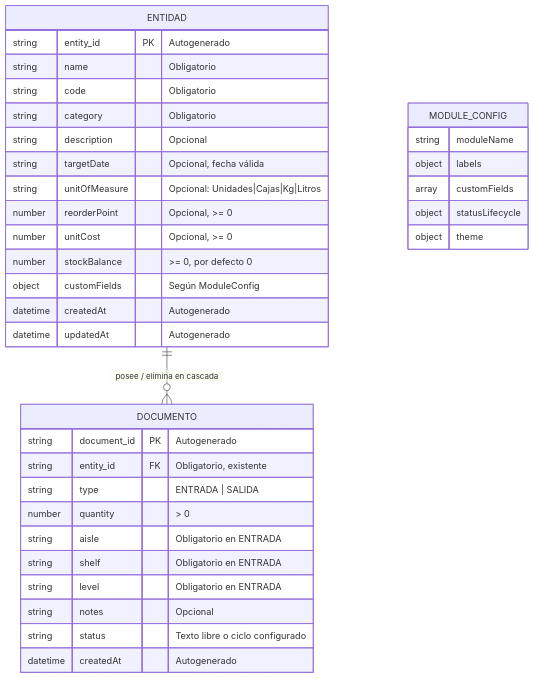
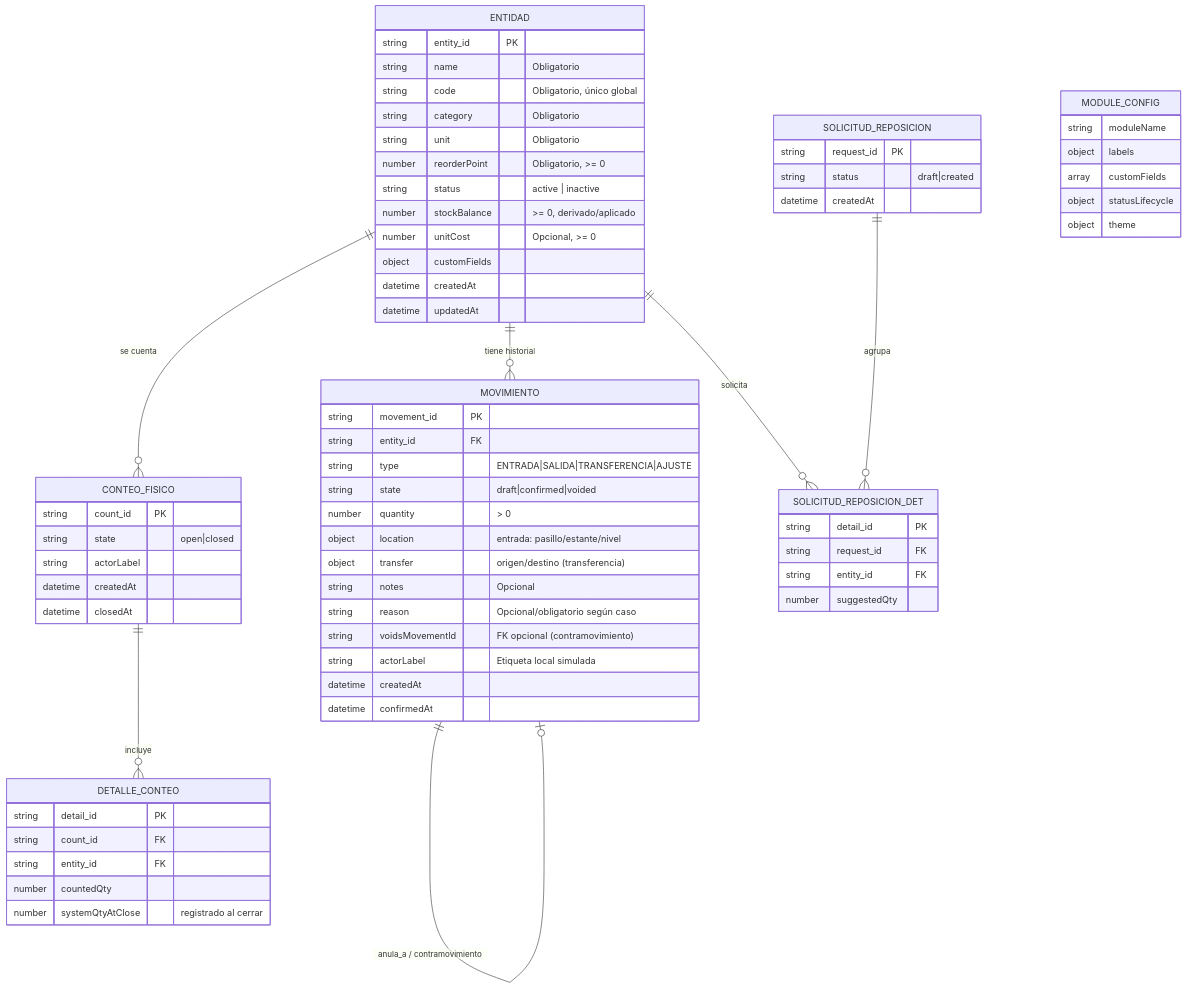
Before and after one commit to MDS-BI/Grupo-03: the diagram in specs/001-erp-base-module/data-model.md, drawn with Mermaid. The commit also changed other lines of this file and 12 other files, not shown here.

````diff
--- a/specs/001-erp-base-module/data-model.md
+++ b/specs/001-erp-base-module/data-model.md
@@ -9,41 +9,77 @@
 ```mermaid
 erDiagram
-    ENTIDAD ||--o{ DOCUMENTO : "posee / elimina en cascada"
+    ENTIDAD ||--o{ MOVIMIENTO : "tiene historial"
+    ENTIDAD ||--o{ CONTEO_FISICO : "se cuenta"
+    CONTEO_FISICO ||--o{ DETALLE_CONTEO : "incluye"
+    ENTIDAD ||--o{ SOLICITUD_REPOSICION_DET : "solicita"
+    SOLICITUD_REPOSICION ||--o{ SOLICITUD_REPOSICION_DET : "agrupa"
+    MOVIMIENTO ||--o| MOVIMIENTO : "anula_a / contramovimiento"
 
     ENTIDAD {
-        string entity_id PK "Autogenerado"
+        string entity_id PK
         string name "Obligatorio"
-        string code "Obligatorio"
+        string code "Obligatorio, único global"
         string category "Obligatorio"
-        string description "Opcional"
-        string targetDate "Opcional, fecha válida"
-        string unitOfMeasure "Opcional: Unidades|Cajas|Kg|Litros"
-        number reorderPoint "Opcional, >= 0"
+        string unit "Obligatorio"
+        number reorderPoint "Obligatorio, >= 0"
+        string status "active | inactive"
+        number stockBalance ">= 0, derivado/aplicado"
         number unitCost "Opcional, >= 0"
-        number stockBalance ">= 0, por defecto 0"
-        object customFields "Según ModuleConfig"
-        datetime createdAt "Autogenerado"
-        datetime updatedAt "Autogenerado"
+        object customFields
+        datetime createdAt
+        datetime updatedAt
     }
 
-    DOCUMENTO {
-        string document_id PK "Autogenerado"
-        string entity_id FK "Obligatorio, existente"
-        string type "ENTRADA | SALIDA"
+    MOVIMIENTO {
+        string movement_id PK
+        string entity_id FK
+        string type "ENTRADA|SALIDA|TRANSFERENCIA|AJUSTE"
+        string state "draft|confirmed|voided"
         number quantity "> 0"
-        string aisle "Obligatorio en ENTRADA"
-        string shelf "Obligatorio en ENTRADA"
-        string level "Obligatorio en ENTRADA"
+        object location "entrada: pasillo/estante/nivel"
+        object transfer "origen/destino (transferencia)"
         string notes "Opcional"
-        string status "Texto libre o ciclo configurado"
-        datetime createdAt "Autogenerado"
+        string reason "Opcional/obligatorio según caso"
+        string voidsMovementId "FK opcional (contramovimiento)"
+        string actorLabel "Etiqueta local simulada"
+        datetime createdAt
+        datetime confirmedAt
+    }
+
+    CONTEO_FISICO {
+        string count_id PK
+        string state "open|closed"
+        string actorLabel
+        datetime createdAt
+        datetime closedAt
+    }
+
+    DETALLE_CONTEO {
+        string detail_id PK
+        string count_id FK
+        string entity_id FK
+        number countedQty
+        number systemQtyAtClose "registrado al cerrar"
+    }
+
+    SOLICITUD_REPOSICION {
+        string request_id PK
+        string status "draft|created"
+        datetime createdAt
+    }
+
+    SOLICITUD_REPOSICION_DET {
+        string detail_id PK
+        string request_id FK
+        string entity_id FK
+        number suggestedQty
     }
 
     MODULE_CONFIG {
         string moduleName
         object labels
         array customFields
         object statusLifecycle
         object theme
     }
 ```
````
